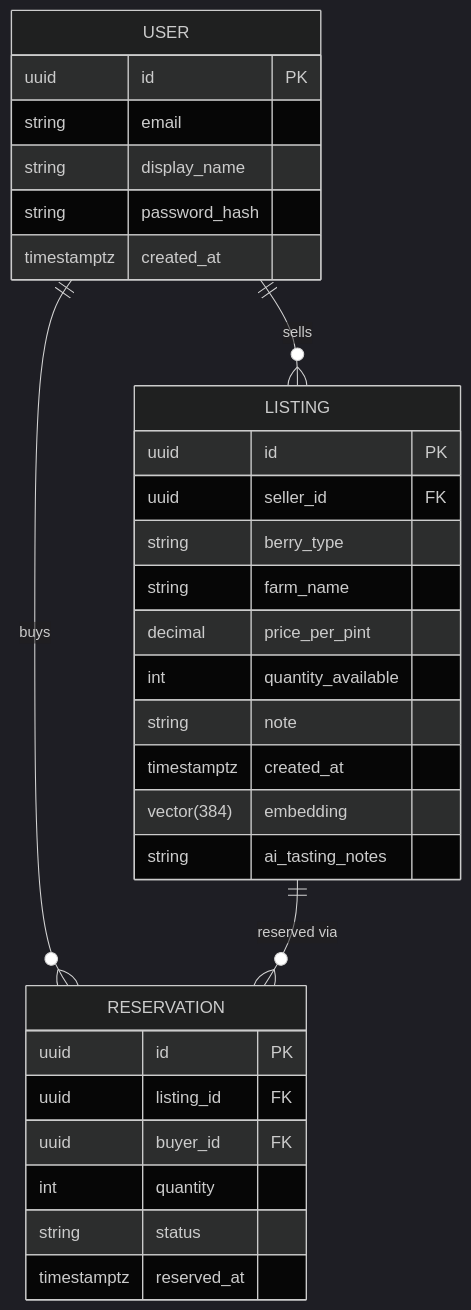
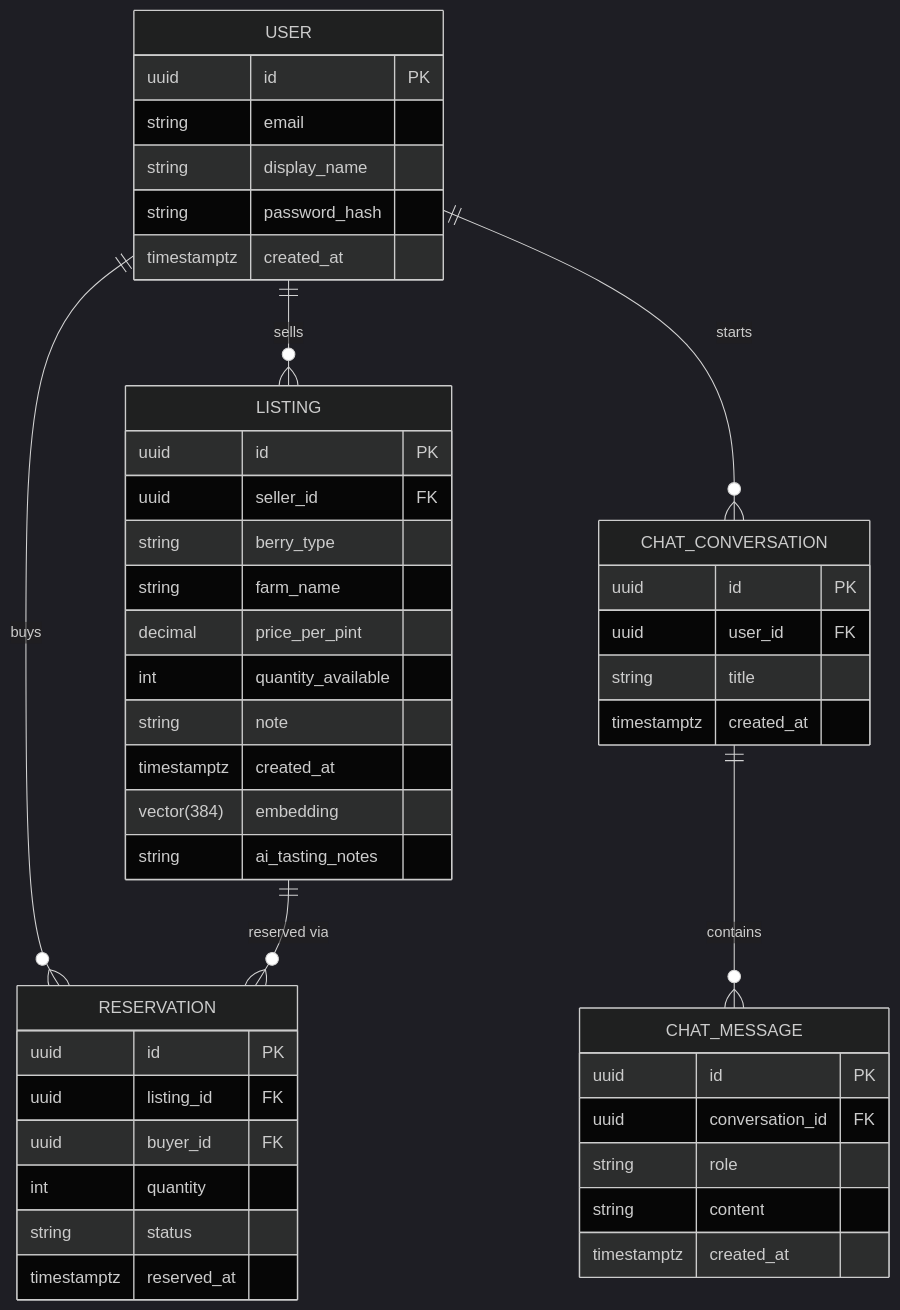
Before and after one commit to Nazarii-Mandiak/BerryMarketplace: the diagram in docs/architecture/data-model.mmd, drawn with Mermaid (dark theme). The commit also changed 10 other files, not shown here.

Commit message:
Add chat conversations and messages with per-user endpoints

```diff
--- a/docs/architecture/data-model.mmd
+++ b/docs/architecture/data-model.mmd
@@ -1,33 +1,48 @@
 %% Berry Exchange — supplementary: data model (ER diagram)
 erDiagram
     USER ||--o{ LISTING : sells
     USER ||--o{ RESERVATION : buys
     LISTING ||--o{ RESERVATION : "reserved via"
+    USER ||--o{ CHAT_CONVERSATION : starts
+    CHAT_CONVERSATION ||--o{ CHAT_MESSAGE : contains
 
     USER {
         uuid id PK
         string email
         string display_name
         string password_hash
         timestamptz created_at
     }
     LISTING {
         uuid id PK
         uuid seller_id FK
         string berry_type
         string farm_name
         decimal price_per_pint
         int quantity_available
         string note
         timestamptz created_at
         vector(384) embedding
         string ai_tasting_notes
     }
     RESERVATION {
         uuid id PK
         uuid listing_id FK
         uuid buyer_id FK
         int quantity
         string status
         timestamptz reserved_at
     }
+    CHAT_CONVERSATION {
+        uuid id PK
+        uuid user_id FK
+        string title
+        timestamptz created_at
+    }
+    CHAT_MESSAGE {
+        uuid id PK
+        uuid conversation_id FK
+        string role
+        string content
+        timestamptz created_at
+    }
```
